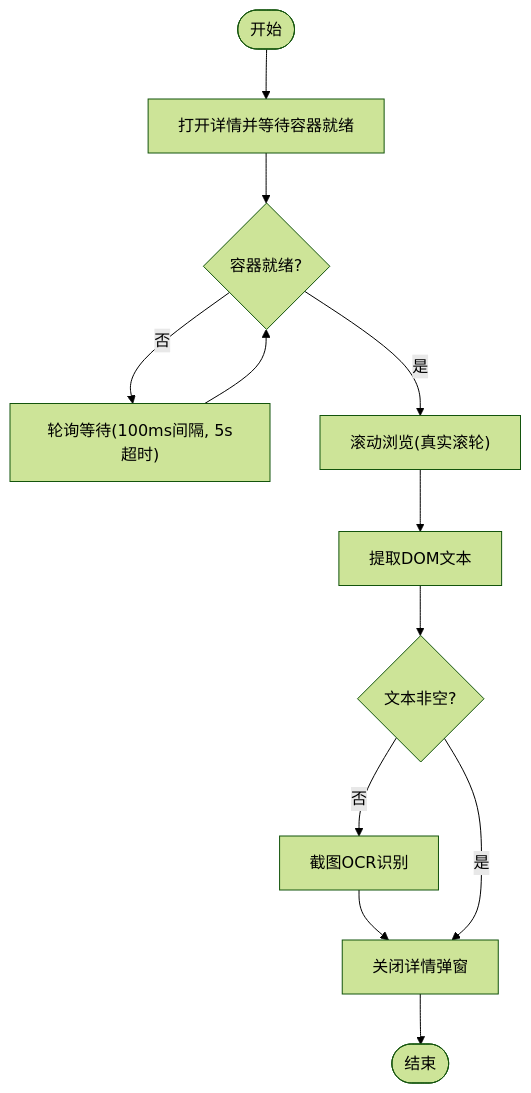
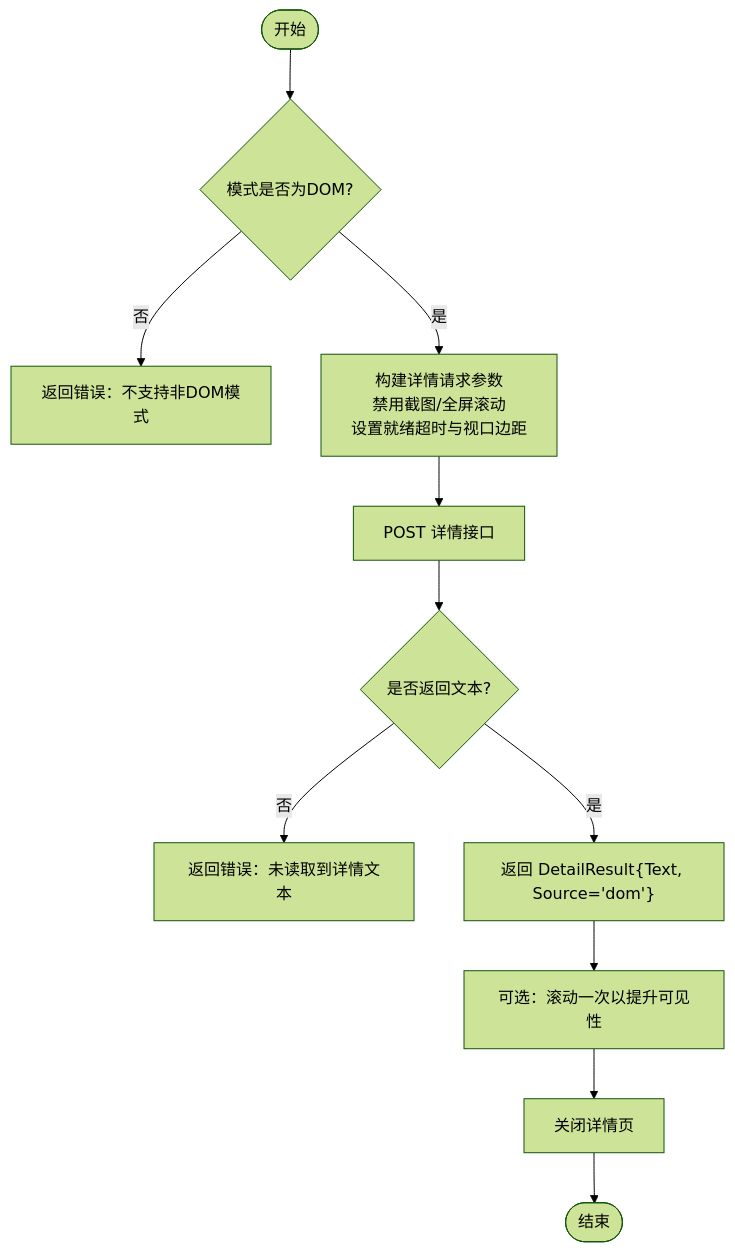
Before and after one commit to alvinwangzi/goodhr: the third of 6 diagrams in .qoder/repowiki/zh/content/本地执行器/平台适配器/前程无忧适配器/简历详情.md, drawn with Mermaid (forest theme). The commit also changed other lines of this file and 149 other files, not shown here.

````diff
--- a/.qoder/repowiki/zh/content/本地执行器/平台适配器/前程无忧适配器/简历详情.md
+++ b/.qoder/repowiki/zh/content/本地执行器/平台适配器/前程无忧适配器/简历详情.md
@@ -149,14 +127,13 @@
 ```mermaid
 flowchart TD
-Start(["开始"]) --> Open["打开详情并等待容器就绪"]
-Open --> Ready{"容器就绪?"}
-Ready -- 否 --> Wait["轮询等待(100ms间隔, 5s超时)"]
-Wait --> Ready
-Ready -- 是 --> Scroll["滚动浏览(真实滚轮)"]
-Scroll --> Extract["提取DOM文本"]
-Extract --> TextOK{"文本非空?"}
-TextOK -- 否 --> OCR["截图OCR识别"]
-OCR --> Close["关闭详情弹窗"]
-TextOK -- 是 --> Close
+Start(["开始"]) --> ModeCheck{"模式是否为DOM?"}
+ModeCheck --> |否| ErrMode["返回错误：不支持非DOM模式"]
+ModeCheck --> |是| BuildPayload["构建详情请求参数<br/>禁用截图/全屏滚动<br/>设置就绪超时与视口边距"]
+BuildPayload --> PostDetail["POST 详情接口"]
+PostDetail --> HasText{"是否返回文本?"}
+HasText --> |否| ErrEmpty["返回错误：未读取到详情文本"]
+HasText --> |是| ReturnRes["返回 DetailResult{Text, Source='dom'}"]
+ReturnRes --> ScrollOnce["可选：滚动一次以提升可见性"]
+ScrollOnce --> Close["关闭详情页"]
 Close --> End(["结束"])
 ```
````
